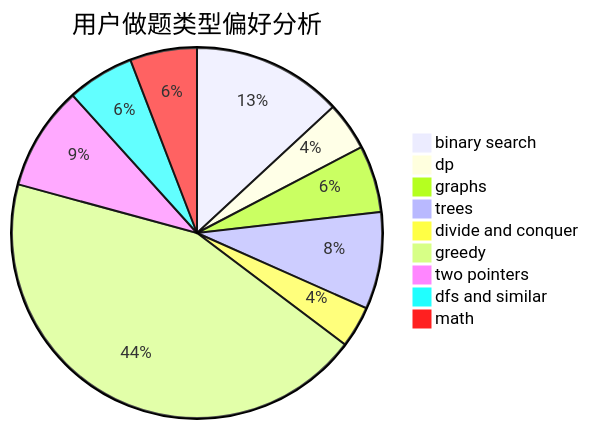
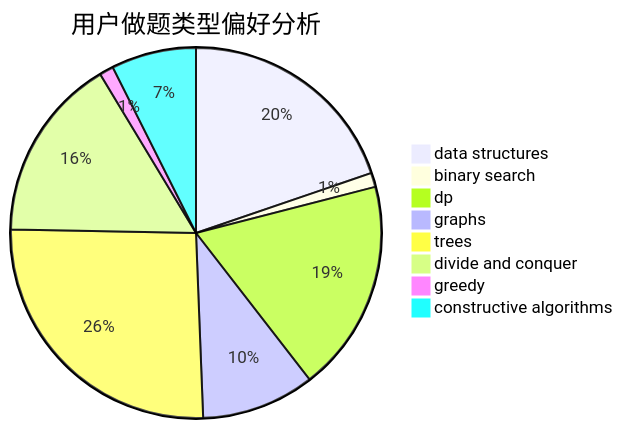
One commit to sherpahu/cfrs.github.io changed the second of 3 diagrams in docs/user/u1662.md. Above: the diagram before and after it, drawn with Mermaid. The commit also changed other lines of this file and 2775 other files, not shown here.

````diff
--- a/docs/user/u1662.md
+++ b/docs/user/u1662.md
@@ -23,12 +23,11 @@
 ```mermaid
 pie title 用户做题类型偏好分析
-    "binary search" :  65
-    "dp" :  21
-    "graphs" :  29
-    "trees" :  42
-    "divide and conquer" :  18
-    "greedy" :  218
-    "two pointers" :  45
-    "dfs and similar" :  29
-    "math" :  29
+    "data structures" :  16
+    "binary search" :  1
+    "dp" :  15
+    "graphs" :  8
+    "trees" :  21
+    "divide and conquer" :  13
+    "greedy" :  1
+    "constructive algorithms" :  6
 ```
````
